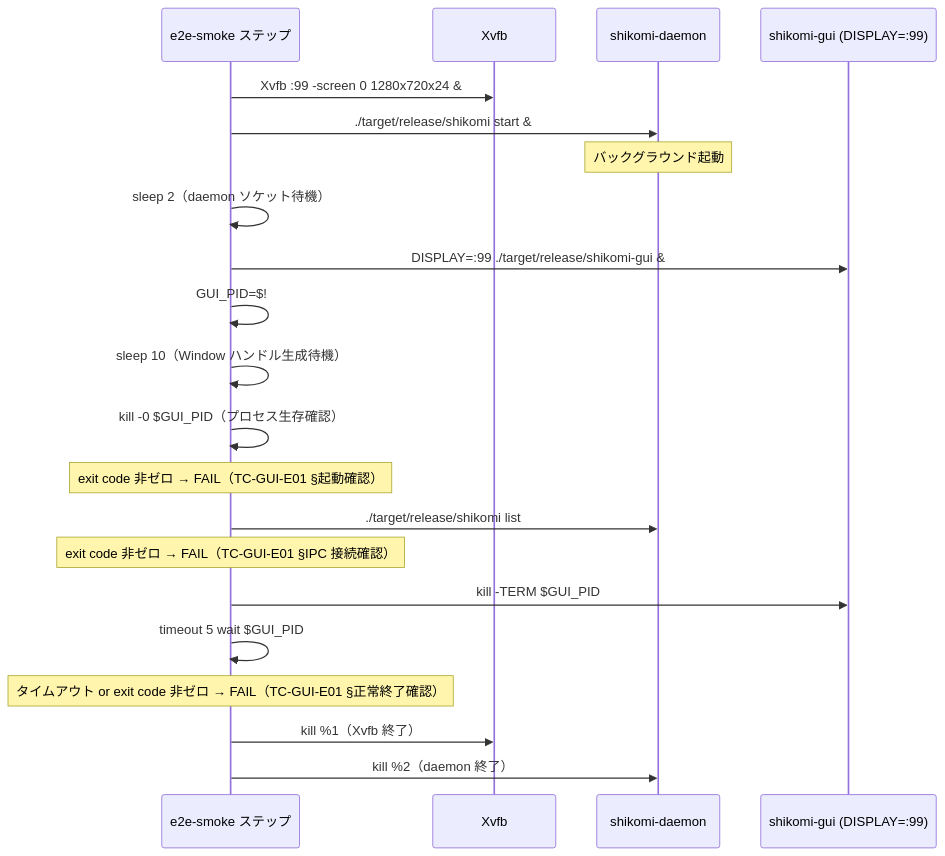
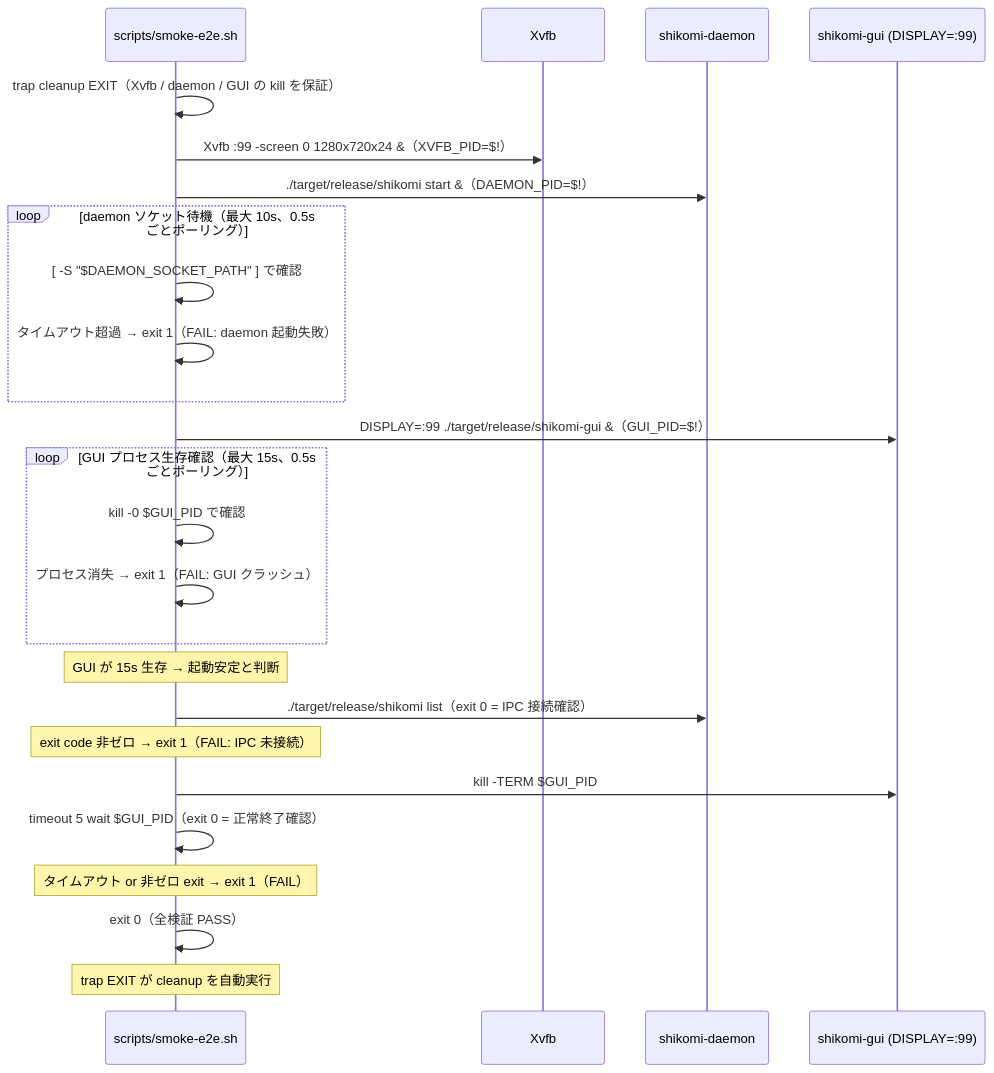
Before and after one commit to shikomi-dev/shikomi: the third of 6 diagrams in docs/features/shikomi-gui/build-ci/detailed-design.md, drawn with Mermaid. The commit also changed other lines of this file and 2 other files, not shown here.

````diff
--- a/docs/features/shikomi-gui/build-ci/detailed-design.md
+++ b/docs/features/shikomi-gui/build-ci/detailed-design.md
@@ -308,29 +321,34 @@
 ```mermaid
 sequenceDiagram
-    participant Script as e2e-smoke ステップ
+    participant Script as scripts/smoke-e2e.sh
     participant Xvfb
     participant Daemon as shikomi-daemon
     participant GUI as shikomi-gui (DISPLAY=:99)
 
-    Script->>Xvfb: Xvfb :99 -screen 0 1280x720x24 &
-    Script->>Daemon: ./target/release/shikomi start &
-    Note over Daemon: バックグラウンド起動
+    Script->>Script: trap cleanup EXIT（Xvfb / daemon / GUI の kill を保証）
+    Script->>Xvfb: Xvfb :99 -screen 0 1280x720x24 &（XVFB_PID=$!）
+    Script->>Daemon: ./target/release/shikomi start &（DAEMON_PID=$!）
 
-    Script->>Script: sleep 2（daemon ソケット待機）
-    Script->>GUI: DISPLAY=:99 ./target/release/shikomi-gui &
-    Script->>Script: GUI_PID=$!
+    loop daemon ソケット待機（最大 10s、0.5s ごとポーリング）
+        Script->>Script: [ -S "$DAEMON_SOCKET_PATH" ] で確認
+        Script->>Script: タイムアウト超過 → exit 1（FAIL: daemon 起動失敗）
+    end
 
-    Script->>Script: sleep 10（Window ハンドル生成待機）
-    Script->>Script: kill -0 $GUI_PID（プロセス生存確認）
-    Note over Script: exit code 非ゼロ → FAIL（TC-GUI-E01 §起動確認）
+    Script->>GUI: DISPLAY=:99 ./target/release/shikomi-gui &（GUI_PID=$!）
 
-    Script->>Daemon: ./target/release/shikomi list
-    Note over Script: exit code 非ゼロ → FAIL（TC-GUI-E01 §IPC 接続確認）
+    loop GUI プロセス生存確認（最大 15s、0.5s ごとポーリング）
+        Script->>Script: kill -0 $GUI_PID で確認
+        Script->>Script: プロセス消失 → exit 1（FAIL: GUI クラッシュ）
+    end
+    Note over Script: GUI が 15s 生存 → 起動安定と判断
+
+    Script->>Daemon: ./target/release/shikomi list（exit 0 = IPC 接続確認）
+    Note over Script: exit code 非ゼロ → exit 1（FAIL: IPC 未接続）
 
     Script->>GUI: kill -TERM $GUI_PID
-    Script->>Script: timeout 5 wait $GUI_PID
-    Note over Script: タイムアウト or exit code 非ゼロ → FAIL（TC-GUI-E01 §正常終了確認）
+    Script->>Script: timeout 5 wait $GUI_PID（exit 0 = 正常終了確認）
+    Note over Script: タイムアウト or 非ゼロ exit → exit 1（FAIL）
 
-    Script->>Xvfb: kill %1（Xvfb 終了）
-    Script->>Daemon: kill %2（daemon 終了）
+    Script->>Script: exit 0（全検証 PASS）
+    Note over Script: trap EXIT が cleanup を自動実行
 ```
````
